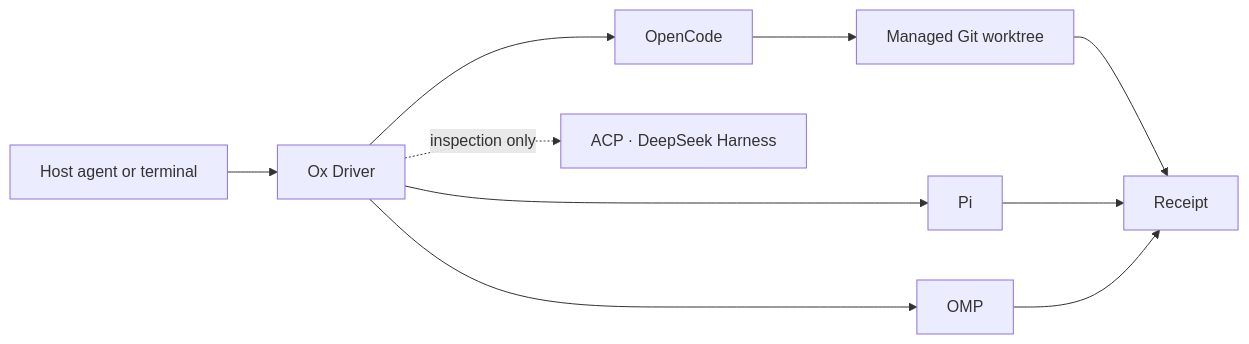
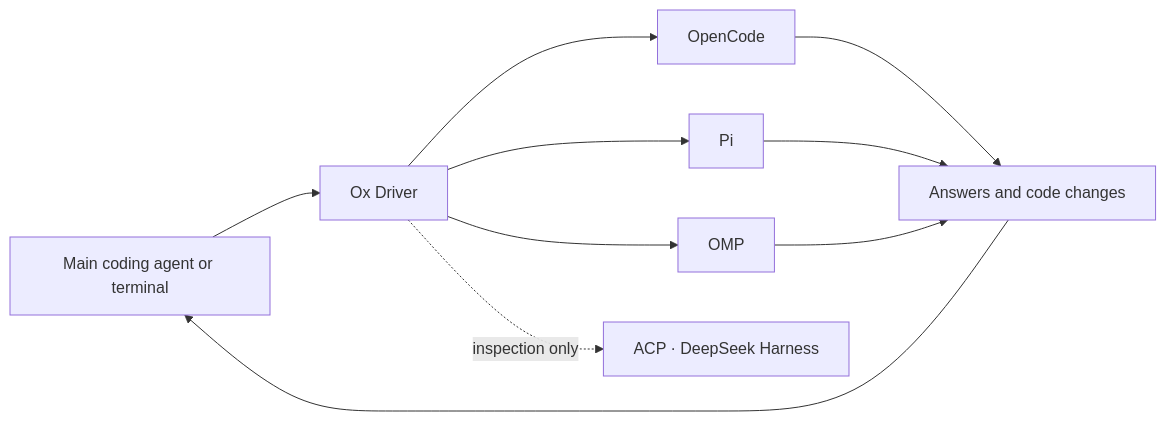
The first of 3 diagrams in README.md (jvogan/ox-driver), drawn with Mermaid before and after one commit. The commit also changed other lines of this file and 2 other files, not shown here.

Commit message:
clarify Ox Driver product promise

````diff
--- a/README.md
+++ b/README.md
@@ -12,16 +13,16 @@
 ```mermaid
 flowchart LR
-    accTitle: Ox Driver harness and receipt flow
-    accDescr: A host agent or terminal drives Ox Driver, which dispatches work to OpenCode, Pi, or OMP and returns durable receipts. ACP and DeepSeek Harness support inspection only.
+    accTitle: Ox Driver agent workflow
+    accDescr: A main coding agent or terminal assigns work through Ox Driver to independent coding agents. Ox Driver gathers their answers and code changes for the main agent. ACP and DeepSeek Harness support inspection only.
 
-    H["Host agent or terminal"] --> O["Ox Driver"]
+    H["Main coding agent or terminal"] --> O["Ox Driver"]
     O --> OC["OpenCode"]
     O --> PI["Pi"]
     O --> OM["OMP"]
     O -. "inspection only" .-> Q["ACP · DeepSeek Harness"]
 
-    OC --> W["Managed Git worktree"]
-    W --> R["Receipt"]
+    OC --> R["Answers and code changes"]
     PI --> R
     OM --> R
+    R --> H
 ```
````
